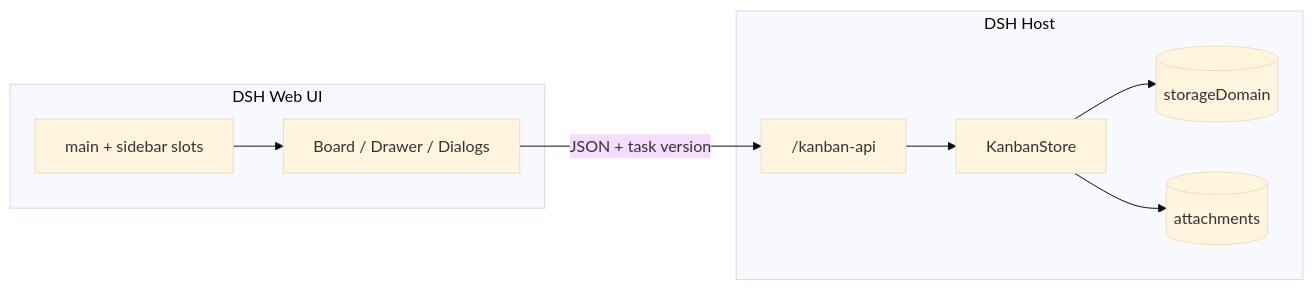
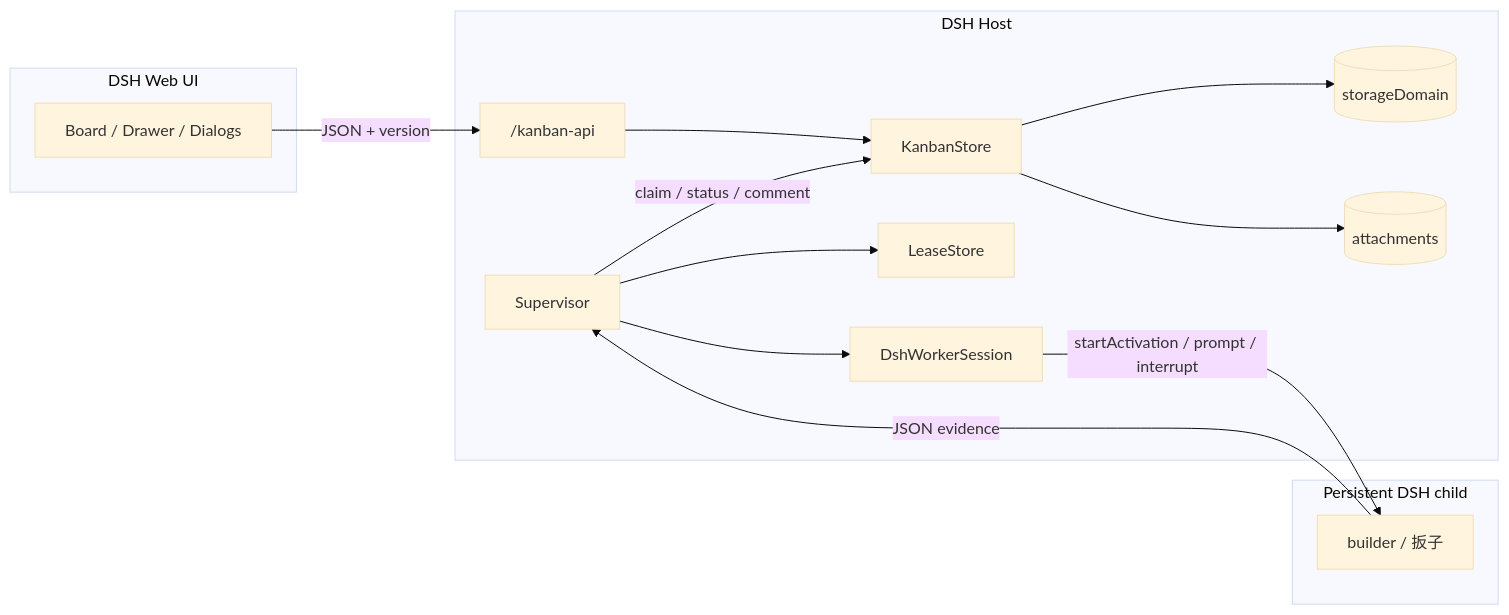
One commit to SilasSolivagus/dsh-kanban changed the diagram in README.md. Above: the diagram before and after it, drawn with Mermaid (base theme). The commit also changed other lines of this file and 1 other file, not shown here.

Commit message:
docs: document the P1 board and supervisor

````diff
--- a/README.md
+++ b/README.md
@@ -106,20 +77,30 @@
 ```mermaid
 flowchart LR
   subgraph Web["DSH Web UI"]
-    slot["main + sidebar slots"]
     ui["Board / Drawer / Dialogs"]
   end
 
   subgraph Host["DSH Host"]
     api["/kanban-api"]
     store["KanbanStore"]
+    sup["Supervisor"]
+    lease["LeaseStore"]
+    session["DshWorkerSession"]
     domain[("storageDomain")]
     files[("attachments")]
   end
 
-  slot --> ui
-  ui -->|"JSON + task version"| api
+  subgraph Worker["Persistent DSH child"]
+    bot["builder / 扳子"]
+  end
+
+  ui -->|"JSON + version"| api
   api --> store
   store --> domain
   store --> files
+  sup -->|"claim / status / comment"| store
+  sup --> lease
+  sup --> session
+  session -->|"startActivation / prompt / interrupt"| bot
+  bot -->|"JSON evidence"| sup
 ```
````
